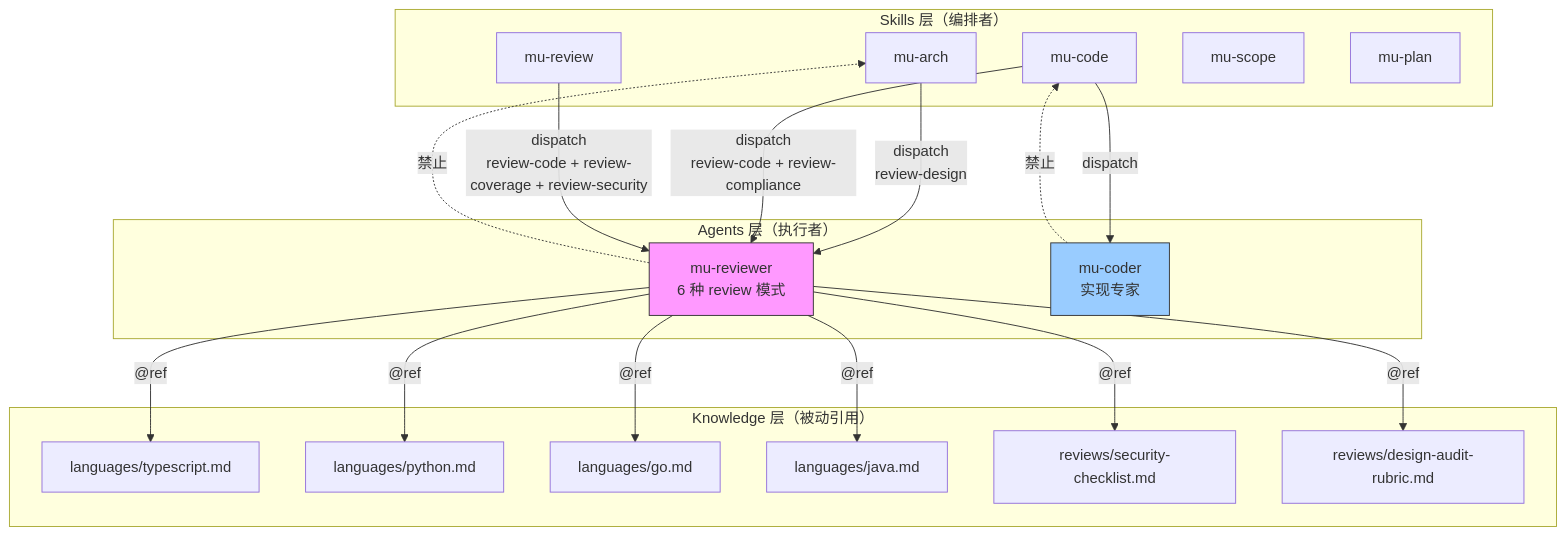
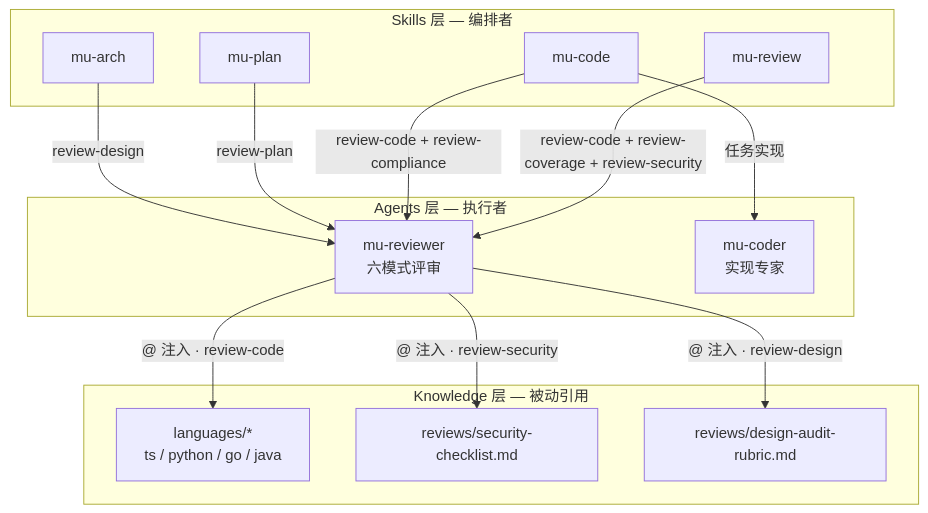
Before and after one commit to knotmark-ai/devmuse: the diagram in docs/wiki/agent-system.md, drawn with Mermaid. The commit also changed other lines of this file and 23 other files, not shown here.

````diff
--- a/docs/wiki/agent-system.md
+++ b/docs/wiki/agent-system.md
@@ -20,42 +51,30 @@
 ```mermaid
 graph TD
-    subgraph Skills["Skills 层（编排者）"]
-        S1["mu-arch"]
-        S2["mu-code"]
-        S3["mu-review"]
-        S4["mu-scope"]
-        S5["mu-plan"]
+    subgraph SKILLS["Skills 层 — 编排者"]
+        A["mu-arch"]
+        P["mu-plan"]
+        C["mu-code"]
+        V["mu-review"]
     end
 
-    subgraph Agents["Agents 层（执行者）"]
-        R["mu-reviewer<br/>6 种 review 模式"]
-        C["mu-coder<br/>实现专家"]
+    subgraph AGENTS["Agents 层 — 执行者"]
+        R["mu-reviewer<br/>六模式评审"]
+        I["mu-coder<br/>实现专家"]
     end
 
-    subgraph Knowledge["Knowledge 层（被动引用）"]
-        K1["languages/typescript.md"]
-        K2["languages/python.md"]
-        K3["languages/go.md"]
-        K4["languages/java.md"]
-        K5["reviews/security-checklist.md"]
-        K6["reviews/design-audit-rubric.md"]
+    subgraph KNOWLEDGE["Knowledge 层 — 被动引用"]
+        KL["languages/*<br/>ts / python / go / java"]
+        KS["reviews/security-checklist.md"]
+        KD["reviews/design-audit-rubric.md"]
     end
 
-    S1 -->|"dispatch<br/>review-design"| R
-    S2 -->|"dispatch"| C
-    S2 -->|"dispatch<br/>review-code + review-compliance"| R
-    S3 -->|"dispatch<br/>review-code + review-coverage + review-security"| R
+    A -->|"review-design"| R
+    P -->|"review-plan"| R
+    C -->|"任务实现"| I
+    C -->|"review-code + review-compliance"| R
+    V -->|"review-code + review-coverage + review-security"| R
 
-    R -->|"@ref"| K1
-    R -->|"@ref"| K2
-    R -->|"@ref"| K3
-    R -->|"@ref"| K4
-    R -->|"@ref"| K5
-    R -->|"@ref"| K6
-
-    R -.->|"禁止"| S1
-    C -.->|"禁止"| S2
-
-    style R fill:#f9f,stroke:#333
-    style C fill:#9cf,stroke:#333
+    R -->|"@ 注入 · review-code"| KL
+    R -->|"@ 注入 · review-security"| KS
+    R -->|"@ 注入 · review-design"| KD
 ```
````
